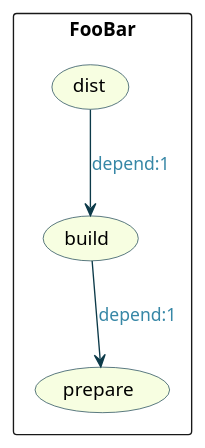
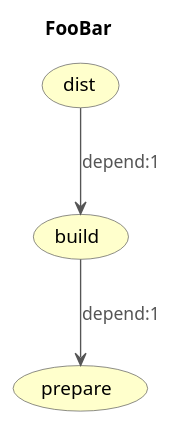
Before and after one commit to jawira/phing-visualizer: the diagram in resources/puml/phing-doc.puml, drawn with PlantUML. The commit also changed 5 other files, not shown here.

```diff
--- a/resources/puml/phing-doc.puml
+++ b/resources/puml/phing-doc.puml
@@ -1,20 +1,24 @@
 @startuml
 
+title FooBar
+hide stereotype
 skinparam Arrow {
-Color #0C3A49
-FontColor #3787A6
+Color #555555
+FontColor #555555
 }
 skinparam UseCase {
-BackgroundColor #F7FEE1
-BorderColor #0C3A49
+BackgroundColor #FFFFCC
+BorderColor #555555
 }
 
-rectangle "FooBar" {
-(prepare)
-(build)
-(dist)
+skinparam UseCase {
+BackgroundColor<< FooBar >> #FFFFCC
 }
+(prepare)<< FooBar >>
+(build)<< FooBar >>
+(dist)<< FooBar >>
+
 
 (build) --> (prepare) : depend:1
 (dist) --> (build) : depend:1
 @enduml
```
